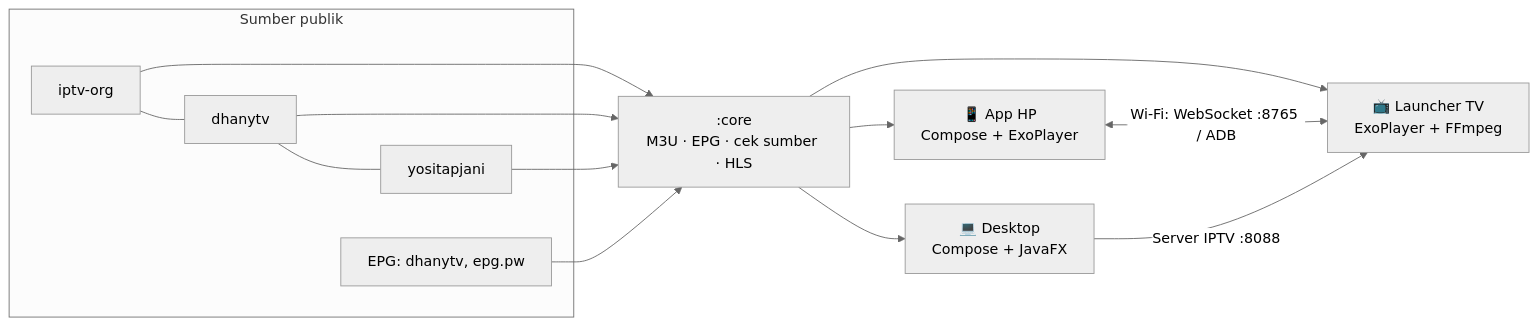
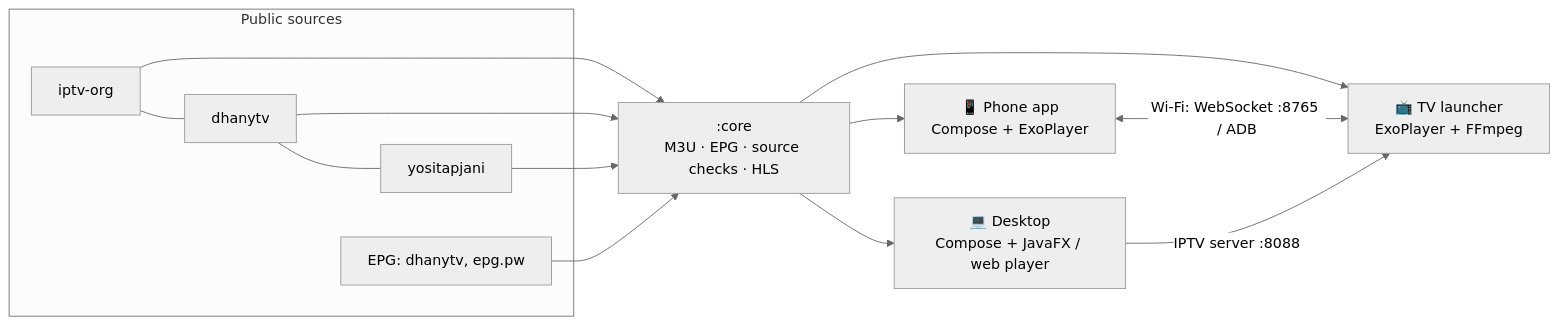
One commit to fk0u/cleanyourtv-tahoe changed the diagram in README.md. Above: the diagram before and after it, drawn with Mermaid (neutral theme). The commit also changed other lines of this file and 30 other files, not shown here.

````diff
--- a/README.md
+++ b/README.md
@@ -98,14 +113,14 @@
 ```mermaid
 flowchart LR
-  subgraph Sumber publik
+  subgraph Public sources
     A[iptv-org] --- B[dhanytv] --- C[yositapjani]
     E[EPG: dhanytv, epg.pw]
   end
-  A & B & C --> Core[":core<br/>M3U · EPG · cek sumber · HLS"]
+  A & B & C --> Core[":core<br/>M3U · EPG · source checks · HLS"]
   E --> Core
-  Core --> TV["📺 Launcher TV<br/>ExoPlayer + FFmpeg"]
-  Core --> HP["📱 App HP<br/>Compose + ExoPlayer"]
-  Core --> PC["💻 Desktop<br/>Compose + JavaFX"]
+  Core --> TV["📺 TV launcher<br/>ExoPlayer + FFmpeg"]
+  Core --> HP["📱 Phone app<br/>Compose + ExoPlayer"]
+  Core --> PC["💻 Desktop<br/>Compose + JavaFX / web player"]
   HP <-- "Wi-Fi: WebSocket :8765 / ADB" --> TV
-  PC -- "Server IPTV :8088" --> TV
+  PC -- "IPTV server :8088" --> TV
 ```
````
